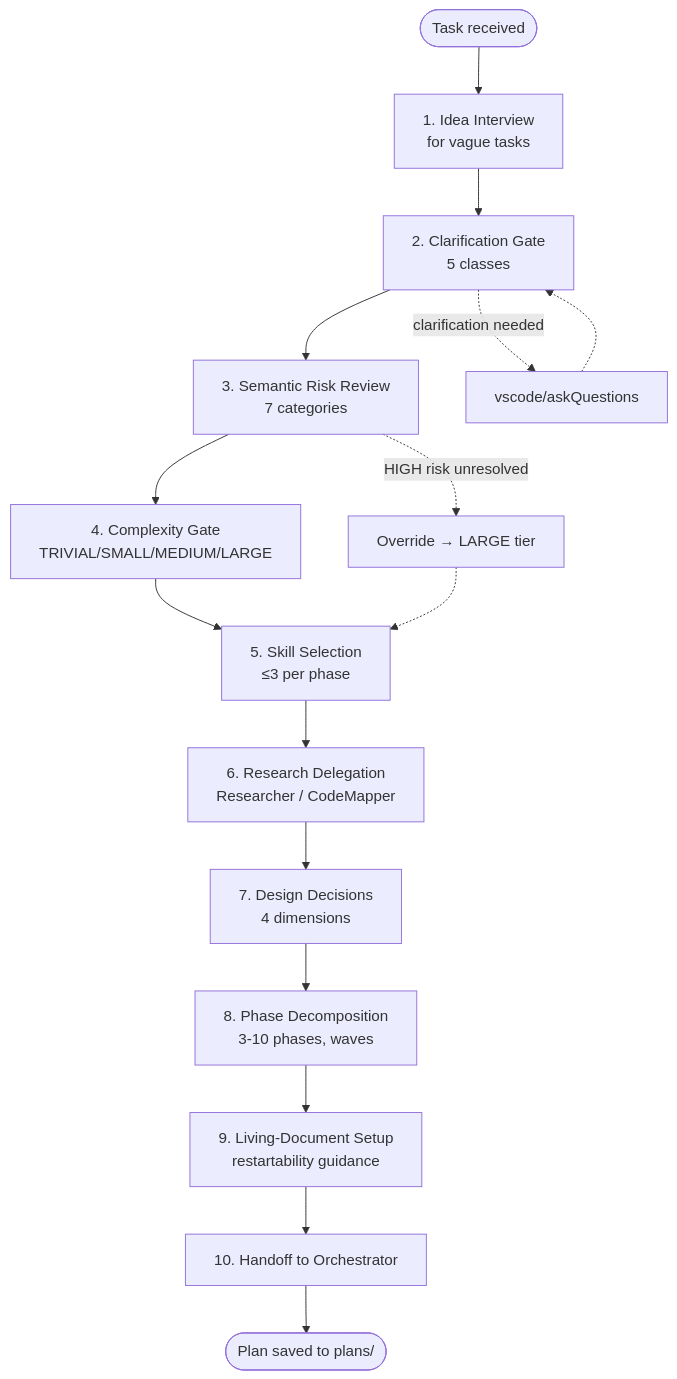
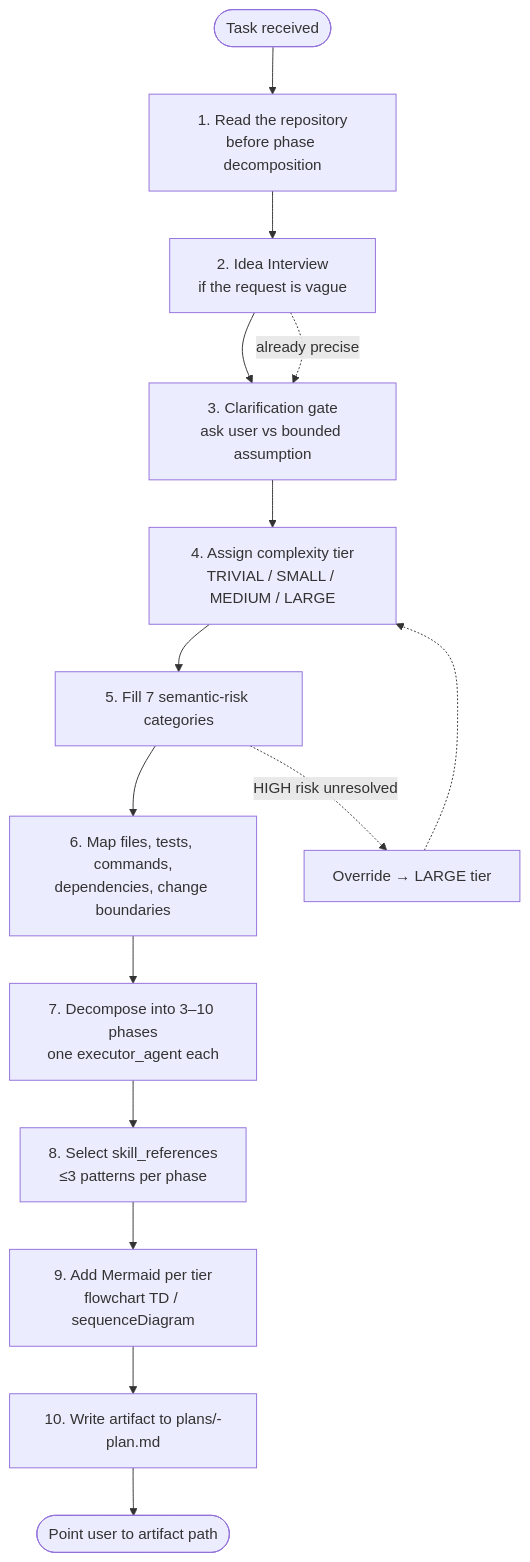
The diagram in docs/tutorial-en/06-planning.md (Smithbox-ai/ControlFlow), drawn with Mermaid before and after one commit. The commit also changed other lines of this file and 51 other files, not shown here.

````diff
--- a/docs/tutorial-en/06-planning.md
+++ b/docs/tutorial-en/06-planning.md
@@ -22,19 +24,18 @@
 ```mermaid
 flowchart TD
-    Start([Task received]) --> S1[1. Idea Interview\nfor vague tasks]
-    S1 --> S2[2. Clarification Gate\n5 classes]
-    S2 --> S3[3. Semantic Risk Review\n7 categories]
-    S3 --> S4[4. Complexity Gate\nTRIVIAL/SMALL/MEDIUM/LARGE]
-    S4 --> S5[5. Skill Selection\n≤3 per phase]
-    S5 --> S6[6. Research Delegation\nResearcher / CodeMapper]
-    S6 --> S7[7. Design Decisions\n4 dimensions]
-    S7 --> S8[8. Phase Decomposition\n3-10 phases, waves]
-    S8 --> S9[9. Living-Document Setup\nrestartability guidance]
-    S9 --> S10[10. Handoff to Orchestrator]
-    S10 --> End([Plan saved to plans/])
+    Start([Task received]) --> S1[1. Read the repository<br/>before phase decomposition]
+    S1 --> S2[2. Idea Interview<br/>if the request is vague]
+    S2 --> S3[3. Clarification gate<br/>ask user vs bounded assumption]
+    S3 --> S4[4. Assign complexity tier<br/>TRIVIAL / SMALL / MEDIUM / LARGE]
+    S4 --> S5[5. Fill 7 semantic-risk categories]
+    S5 --> S6[6. Map files, tests, commands,<br/>dependencies, change boundaries]
+    S6 --> S7[7. Decompose into 3–10 phases<br/>one executor_agent each]
+    S7 --> S8[8. Select skill_references<br/>≤3 patterns per phase]
+    S8 --> S9[9. Add Mermaid per tier<br/>flowchart TD / sequenceDiagram]
+    S9 --> S10[10. Write artifact to plans/<task-slug>-plan.md]
+    S10 --> End([Point user to artifact path])
 
-    S2 -.->|clarification needed| AskUser[vscode/askQuestions]
-    AskUser -.-> S2
-    S3 -.->|HIGH risk unresolved| ForceLarge[Override → LARGE tier]
-    ForceLarge -.-> S5
+    S5 -.->|HIGH risk unresolved| ForceLarge[Override → LARGE tier]
+    ForceLarge -.-> S4
+    S2 -.->|already precise| S3
 ```
````
